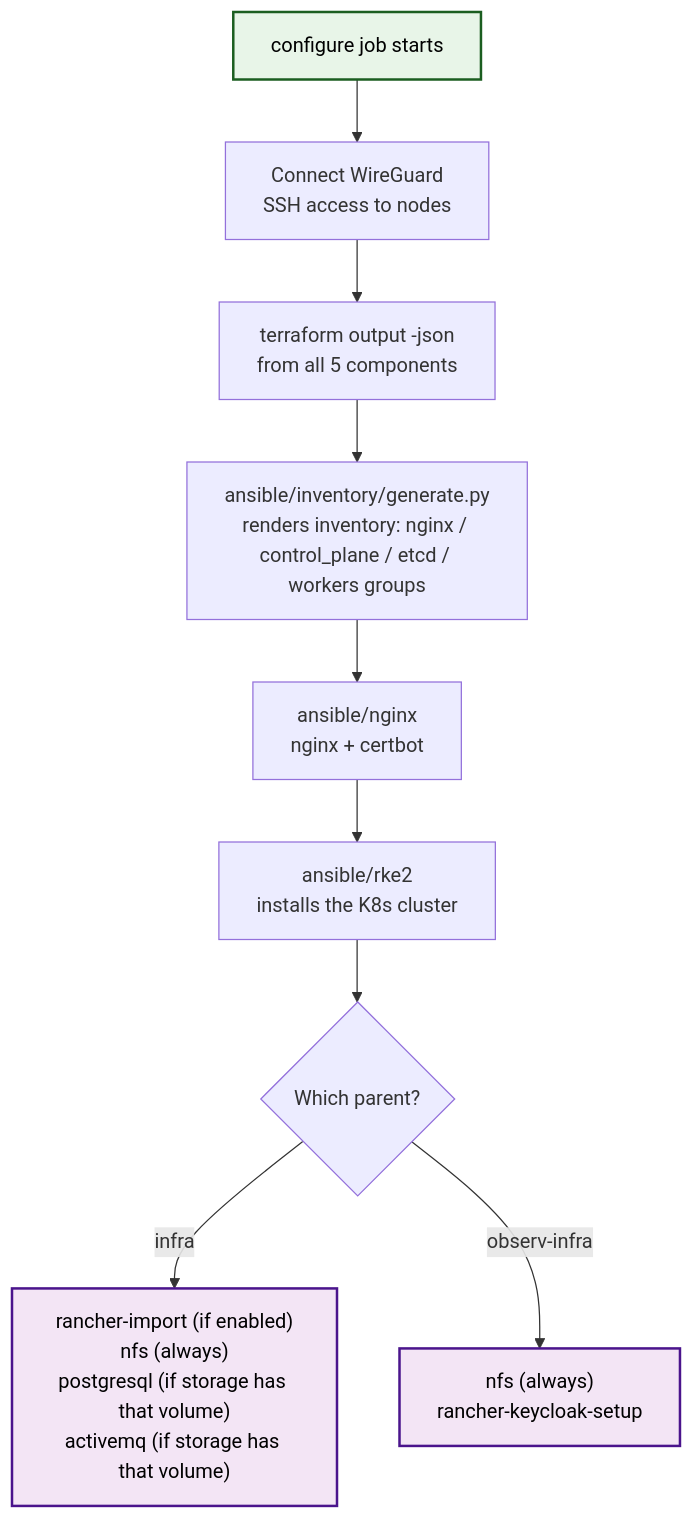
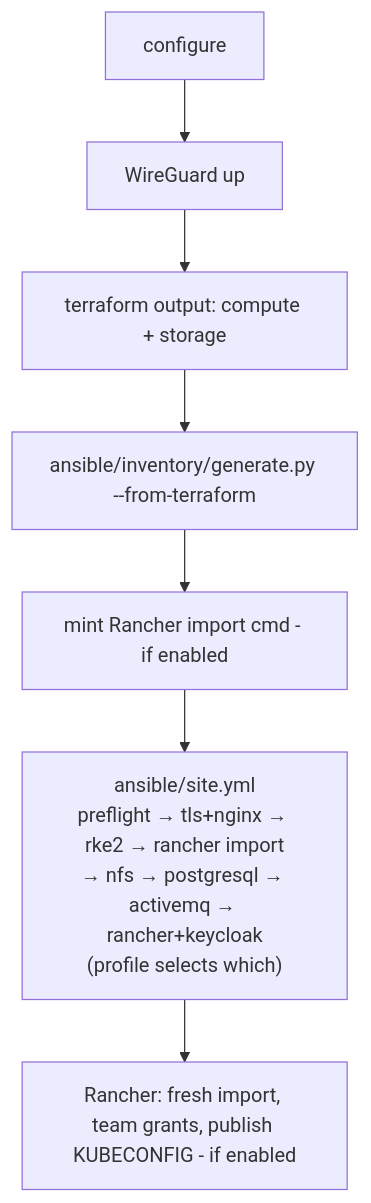
Before and after one commit to mosip/infra: the first of 3 diagrams in .github/workflows/README.md, drawn with Mermaid. The commit also changed other lines of this file and 197 other files, not shown here.

````diff
--- a/.github/workflows/README.md
+++ b/.github/workflows/README.md
@@ -188,15 +124,9 @@
 ```mermaid
 graph TD
-    A[configure job starts] --> B[Connect WireGuard<br/>SSH access to nodes]
-    B --> C[terraform output -json<br/>from all 5 components]
-    C --> D[ansible/inventory/generate.py<br/>renders inventory: nginx / control_plane / etcd / workers groups]
-    D --> E[ansible/nginx<br/>nginx + certbot]
-    E --> F[ansible/rke2<br/>installs the K8s cluster]
-    F --> G{Which parent?}
-    G -->|infra| H["rancher-import (if enabled)<br/>nfs (always)<br/>postgresql (if storage has that volume)<br/>activemq (if storage has that volume)"]
-    G -->|observ-infra| J["nfs (always)<br/>rancher-keycloak-setup"]
-
-    style A fill:#e8f5e8,stroke:#1b5e20,stroke-width:2px,color:#000000
-    style H fill:#f3e5f5,stroke:#4a148c,stroke-width:2px,color:#000000
-    style J fill:#f3e5f5,stroke:#4a148c,stroke-width:2px,color:#000000
+    A[configure] --> B[WireGuard up]
+    B --> C[terraform output: compute + storage]
+    C --> D[ansible/inventory/generate.py --from-terraform]
+    D --> E[mint Rancher import cmd - if enabled]
+    E --> F["ansible/site.yml<br/>preflight → tls+nginx → rke2 → rancher import<br/>→ nfs → postgresql → activemq → rancher+keycloak<br/>(profile selects which)"]
+    F --> G[Rancher: fresh import, team grants, publish KUBECONFIG - if enabled]
 ```
````
